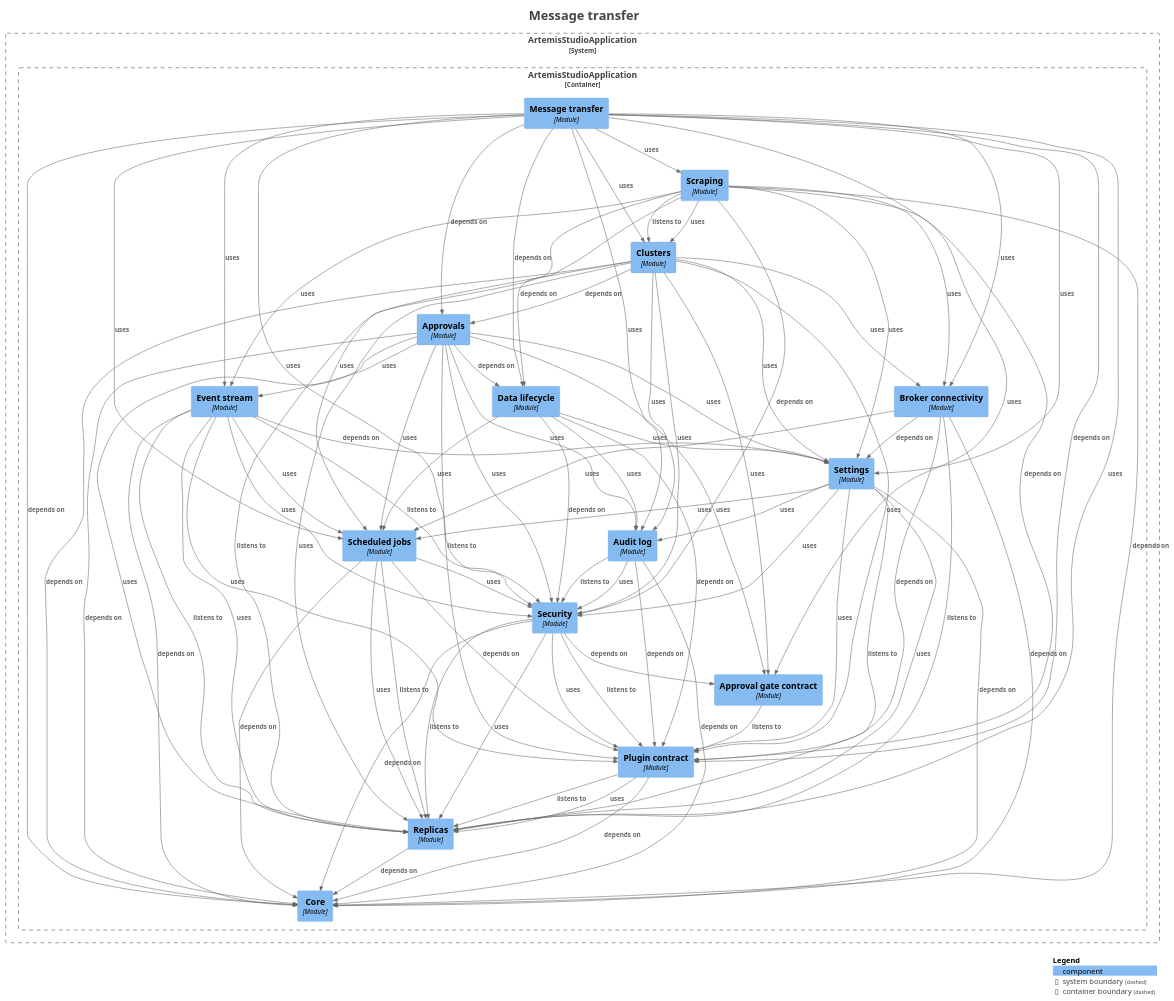
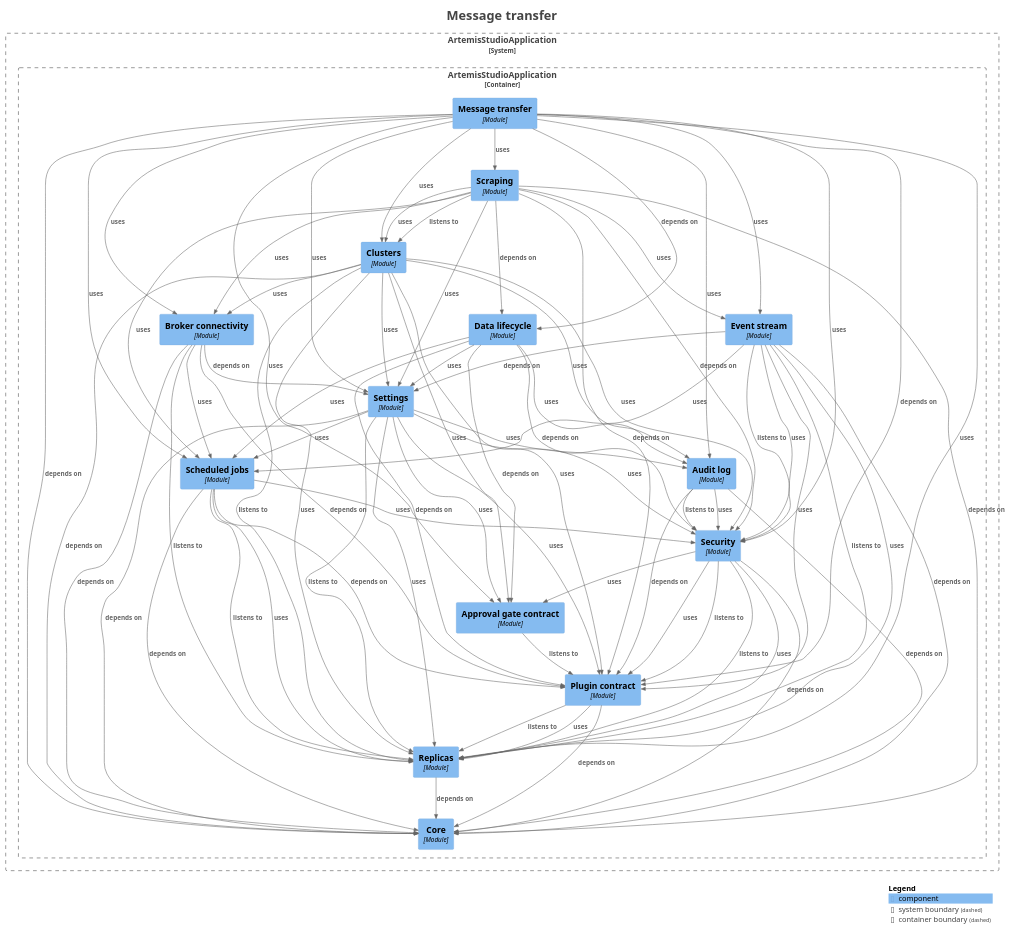
Before and after one commit to sudoitir/artemis-studio: the diagram in docs/modules/module-feature.transfer.puml, drawn with PlantUML. The commit also changed 13 other files, not shown here.

Commit message:
docs(modules): regenerate the module diagrams for the gate contract's held response and leases

```diff
--- a/docs/modules/module-feature.transfer.puml
+++ b/docs/modules/module-feature.transfer.puml
@@ -18,7 +18,6 @@
 System_Boundary("ArtemisStudioApplication_boundary", "ArtemisStudioApplication", $tags="") {
   Container_Boundary("ArtemisStudioApplication.ArtemisStudioApplication_boundary", "ArtemisStudioApplication", $tags="") {
     Component(ArtemisStudioApplication.ArtemisStudioApplication.Approvalgatecontract, "Approval gate contract", $techn="Module", $descr="", $tags="", $link="")
-    Component(ArtemisStudioApplication.ArtemisStudioApplication.Approvals, "Approvals", $techn="Module", $descr="", $tags="", $link="")
     Component(ArtemisStudioApplication.ArtemisStudioApplication.Auditlog, "Audit log", $techn="Module", $descr="", $tags="", $link="")
     Component(ArtemisStudioApplication.ArtemisStudioApplication.Brokerconnectivity, "Broker connectivity", $techn="Module", $descr="", $tags="", $link="")
     Component(ArtemisStudioApplication.ArtemisStudioApplication.Clusters, "Clusters", $techn="Module", $descr="", $tags="", $link="")
@@ -37,16 +36,6 @@
 }
 
 Rel(ArtemisStudioApplication.ArtemisStudioApplication.Approvalgatecontract, ArtemisStudioApplication.ArtemisStudioApplication.Plugincontract, "listens to", $techn="", $tags="", $link="")
-Rel(ArtemisStudioApplication.ArtemisStudioApplication.Approvals, ArtemisStudioApplication.ArtemisStudioApplication.Approvalgatecontract, "uses", $techn="", $tags="", $link="")
-Rel(ArtemisStudioApplication.ArtemisStudioApplication.Approvals, ArtemisStudioApplication.ArtemisStudioApplication.Auditlog, "uses", $techn="", $tags="", $link="")
-Rel(ArtemisStudioApplication.ArtemisStudioApplication.Approvals, ArtemisStudioApplication.ArtemisStudioApplication.Core, "depends on", $techn="", $tags="", $link="")
-Rel(ArtemisStudioApplication.ArtemisStudioApplication.Approvals, ArtemisStudioApplication.ArtemisStudioApplication.Datalifecycle, "depends on", $techn="", $tags="", $link="")
-Rel(ArtemisStudioApplication.ArtemisStudioApplication.Approvals, ArtemisStudioApplication.ArtemisStudioApplication.Eventstream, "uses", $techn="", $tags="", $link="")
-Rel(ArtemisStudioApplication.ArtemisStudioApplication.Approvals, ArtemisStudioApplication.ArtemisStudioApplication.Plugincontract, "listens to", $techn="", $tags="", $link="")
-Rel(ArtemisStudioApplication.ArtemisStudioApplication.Approvals, ArtemisStudioApplication.ArtemisStudioApplication.Replicas, "uses", $techn="", $tags="", $link="")
-Rel(ArtemisStudioApplication.ArtemisStudioApplication.Approvals, ArtemisStudioApplication.ArtemisStudioApplication.Scheduledjobs, "uses", $techn="", $tags="", $link="")
-Rel(ArtemisStudioApplication.ArtemisStudioApplication.Approvals, ArtemisStudioApplication.ArtemisStudioApplication.Security, "uses", $techn="", $tags="", $link="")
-Rel(ArtemisStudioApplication.ArtemisStudioApplication.Approvals, ArtemisStudioApplication.ArtemisStudioApplication.Settings, "uses", $techn="", $tags="", $link="")
 Rel(ArtemisStudioApplication.ArtemisStudioApplication.Auditlog, ArtemisStudioApplication.ArtemisStudioApplication.Core, "depends on", $techn="", $tags="", $link="")
 Rel(ArtemisStudioApplication.ArtemisStudioApplication.Auditlog, ArtemisStudioApplication.ArtemisStudioApplication.Plugincontract, "depends on", $techn="", $tags="", $link="")
 Rel(ArtemisStudioApplication.ArtemisStudioApplication.Auditlog, ArtemisStudioApplication.ArtemisStudioApplication.Security, "listens to", $techn="", $tags="", $link="")
@@ -57,7 +46,6 @@
 Rel(ArtemisStudioApplication.ArtemisStudioApplication.Brokerconnectivity, ArtemisStudioApplication.ArtemisStudioApplication.Scheduledjobs, "uses", $techn="", $tags="", $link="")
 Rel(ArtemisStudioApplication.ArtemisStudioApplication.Brokerconnectivity, ArtemisStudioApplication.ArtemisStudioApplication.Settings, "depends on", $techn="", $tags="", $link="")
 Rel(ArtemisStudioApplication.ArtemisStudioApplication.Clusters, ArtemisStudioApplication.ArtemisStudioApplication.Approvalgatecontract, "uses", $techn="", $tags="", $link="")
-Rel(ArtemisStudioApplication.ArtemisStudioApplication.Clusters, ArtemisStudioApplication.ArtemisStudioApplication.Approvals, "depends on", $techn="", $tags="", $link="")
 Rel(ArtemisStudioApplication.ArtemisStudioApplication.Clusters, ArtemisStudioApplication.ArtemisStudioApplication.Auditlog, "uses", $techn="", $tags="", $link="")
 Rel(ArtemisStudioApplication.ArtemisStudioApplication.Clusters, ArtemisStudioApplication.ArtemisStudioApplication.Brokerconnectivity, "uses", $techn="", $tags="", $link="")
 Rel(ArtemisStudioApplication.ArtemisStudioApplication.Clusters, ArtemisStudioApplication.ArtemisStudioApplication.Core, "depends on", $techn="", $tags="", $link="")
@@ -66,6 +54,7 @@
 Rel(ArtemisStudioApplication.ArtemisStudioApplication.Clusters, ArtemisStudioApplication.ArtemisStudioApplication.Replicas, "uses", $techn="", $tags="", $link="")
 Rel(ArtemisStudioApplication.ArtemisStudioApplication.Clusters, ArtemisStudioApplication.ArtemisStudioApplication.Security, "uses", $techn="", $tags="", $link="")
 Rel(ArtemisStudioApplication.ArtemisStudioApplication.Clusters, ArtemisStudioApplication.ArtemisStudioApplication.Settings, "uses", $techn="", $tags="", $link="")
+Rel(ArtemisStudioApplication.ArtemisStudioApplication.Datalifecycle, ArtemisStudioApplication.ArtemisStudioApplication.Approvalgatecontract, "depends on", $techn="", $tags="", $link="")
 Rel(ArtemisStudioApplication.ArtemisStudioApplication.Datalifecycle, ArtemisStudioApplication.ArtemisStudioApplication.Auditlog, "uses", $techn="", $tags="", $link="")
 Rel(ArtemisStudioApplication.ArtemisStudioApplication.Datalifecycle, ArtemisStudioApplication.ArtemisStudioApplication.Plugincontract, "depends on", $techn="", $tags="", $link="")
 Rel(ArtemisStudioApplication.ArtemisStudioApplication.Datalifecycle, ArtemisStudioApplication.ArtemisStudioApplication.Scheduledjobs, "uses", $techn="", $tags="", $link="")
@@ -80,7 +69,6 @@
 Rel(ArtemisStudioApplication.ArtemisStudioApplication.Eventstream, ArtemisStudioApplication.ArtemisStudioApplication.Security, "uses", $techn="", $tags="", $link="")
 Rel(ArtemisStudioApplication.ArtemisStudioApplication.Eventstream, ArtemisStudioApplication.ArtemisStudioApplication.Settings, "depends on", $techn="", $tags="", $link="")
 Rel(ArtemisStudioApplication.ArtemisStudioApplication.Messagetransfer, ArtemisStudioApplication.ArtemisStudioApplication.Approvalgatecontract, "uses", $techn="", $tags="", $link="")
-Rel(ArtemisStudioApplication.ArtemisStudioApplication.Messagetransfer, ArtemisStudioApplication.ArtemisStudioApplication.Approvals, "depends on", $techn="", $tags="", $link="")
 Rel(ArtemisStudioApplication.ArtemisStudioApplication.Messagetransfer, ArtemisStudioApplication.ArtemisStudioApplication.Auditlog, "uses", $techn="", $tags="", $link="")
 Rel(ArtemisStudioApplication.ArtemisStudioApplication.Messagetransfer, ArtemisStudioApplication.ArtemisStudioApplication.Brokerconnectivity, "uses", $techn="", $tags="", $link="")
 Rel(ArtemisStudioApplication.ArtemisStudioApplication.Messagetransfer, ArtemisStudioApplication.ArtemisStudioApplication.Clusters, "uses", $techn="", $tags="", $link="")
@@ -112,12 +100,13 @@
 Rel(ArtemisStudioApplication.ArtemisStudioApplication.Scraping, ArtemisStudioApplication.ArtemisStudioApplication.Scheduledjobs, "uses", $techn="", $tags="", $link="")
 Rel(ArtemisStudioApplication.ArtemisStudioApplication.Scraping, ArtemisStudioApplication.ArtemisStudioApplication.Security, "depends on", $techn="", $tags="", $link="")
 Rel(ArtemisStudioApplication.ArtemisStudioApplication.Scraping, ArtemisStudioApplication.ArtemisStudioApplication.Settings, "uses", $techn="", $tags="", $link="")
-Rel(ArtemisStudioApplication.ArtemisStudioApplication.Security, ArtemisStudioApplication.ArtemisStudioApplication.Approvalgatecontract, "depends on", $techn="", $tags="", $link="")
+Rel(ArtemisStudioApplication.ArtemisStudioApplication.Security, ArtemisStudioApplication.ArtemisStudioApplication.Approvalgatecontract, "uses", $techn="", $tags="", $link="")
 Rel(ArtemisStudioApplication.ArtemisStudioApplication.Security, ArtemisStudioApplication.ArtemisStudioApplication.Core, "depends on", $techn="", $tags="", $link="")
 Rel(ArtemisStudioApplication.ArtemisStudioApplication.Security, ArtemisStudioApplication.ArtemisStudioApplication.Plugincontract, "listens to", $techn="", $tags="", $link="")
 Rel(ArtemisStudioApplication.ArtemisStudioApplication.Security, ArtemisStudioApplication.ArtemisStudioApplication.Plugincontract, "uses", $techn="", $tags="", $link="")
 Rel(ArtemisStudioApplication.ArtemisStudioApplication.Security, ArtemisStudioApplication.ArtemisStudioApplication.Replicas, "listens to", $techn="", $tags="", $link="")
 Rel(ArtemisStudioApplication.ArtemisStudioApplication.Security, ArtemisStudioApplication.ArtemisStudioApplication.Replicas, "uses", $techn="", $tags="", $link="")
+Rel(ArtemisStudioApplication.ArtemisStudioApplication.Settings, ArtemisStudioApplication.ArtemisStudioApplication.Approvalgatecontract, "uses", $techn="", $tags="", $link="")
 Rel(ArtemisStudioApplication.ArtemisStudioApplication.Settings, ArtemisStudioApplication.ArtemisStudioApplication.Auditlog, "uses", $techn="", $tags="", $link="")
 Rel(ArtemisStudioApplication.ArtemisStudioApplication.Settings, ArtemisStudioApplication.ArtemisStudioApplication.Core, "depends on", $techn="", $tags="", $link="")
 Rel(ArtemisStudioApplication.ArtemisStudioApplication.Settings, ArtemisStudioApplication.ArtemisStudioApplication.Plugincontract, "uses", $techn="", $tags="", $link="")
```
